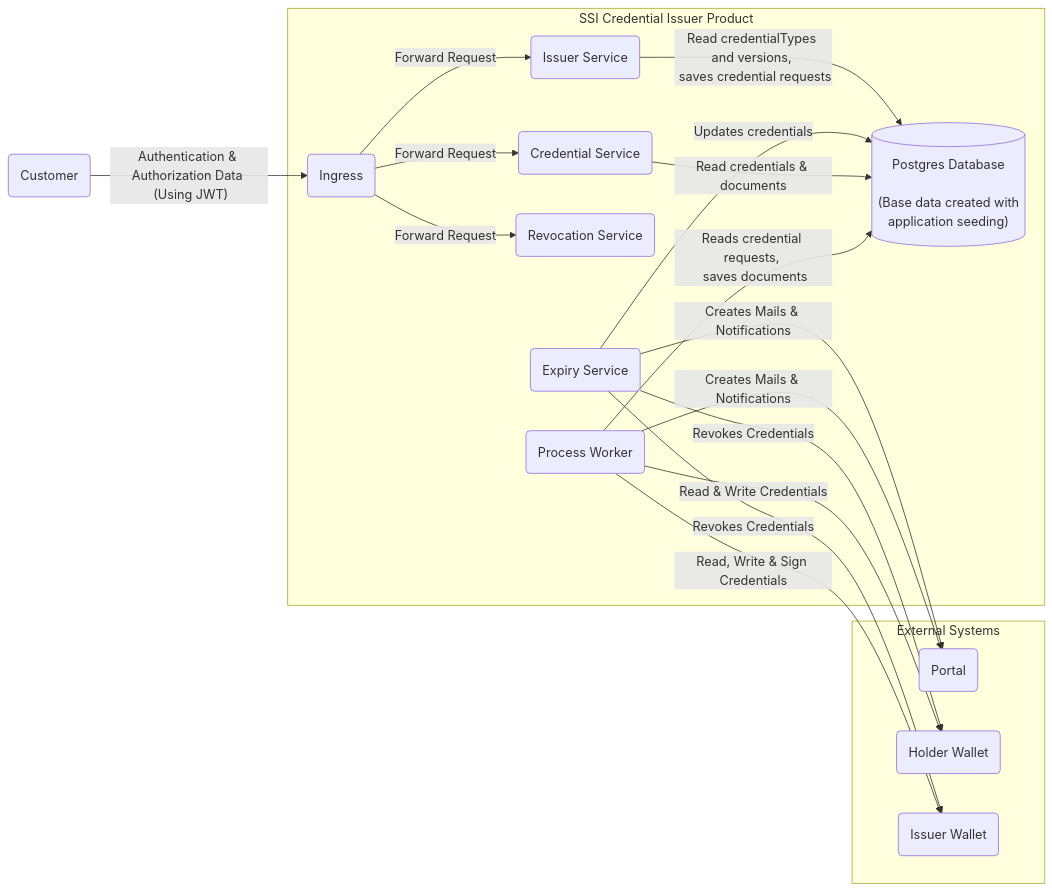
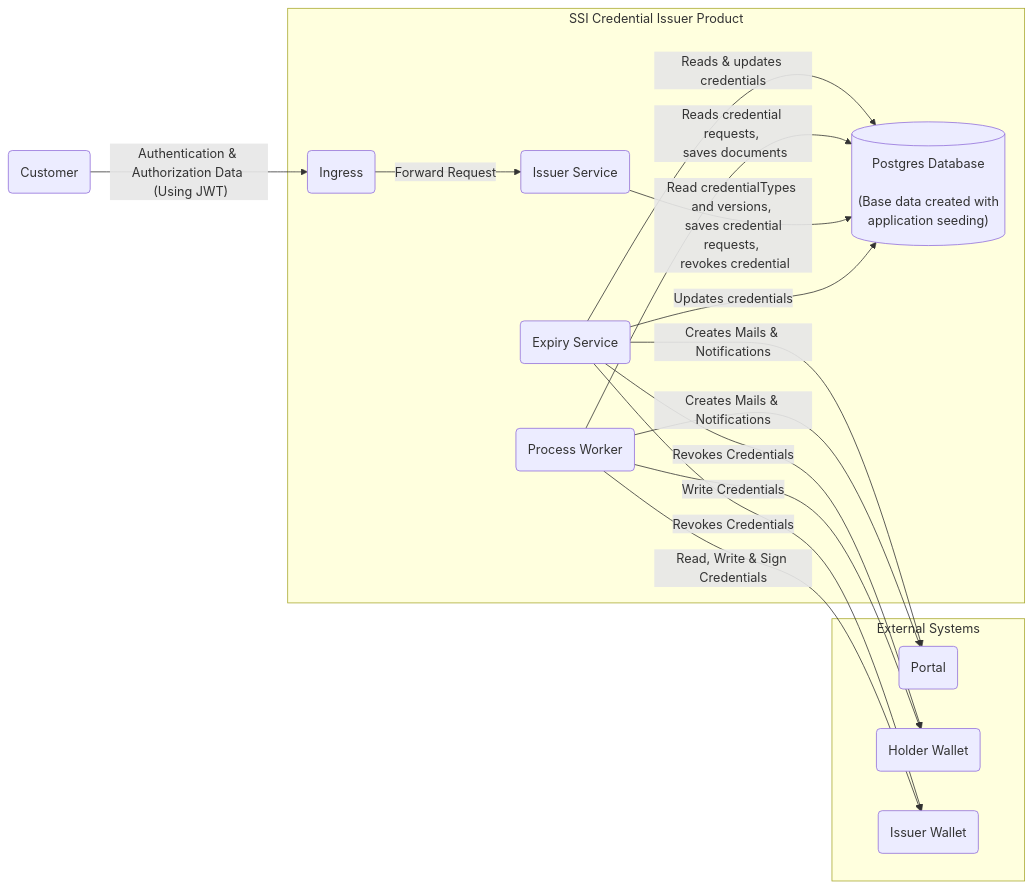
One commit to eclipse-tractusx/ssi-credential-issuer changed the diagram in docs/architecture/Whitebox Overall System.md. Above: the diagram before and after it, drawn with Mermaid. The commit also changed 1 other file, not shown here.

Commit message:
docs: align data flow diagrams

````diff
--- a/docs/architecture/Whitebox Overall System.md
+++ b/docs/architecture/Whitebox Overall System.md
@@ -7,47 +7,41 @@
 ```mermaid
 flowchart LR
 
     C(Customer)
     ING(Ingress)
     IS(Issuer Service)
-    CS(Credential Service)
-    RS(Revocation Service)
     ES(Expiry Service)
     PW(Process Worker)
     P(Portal)
     HW(Holder Wallet)
     IW(Issuer Wallet)
     PHD[("Postgres Database \n \n (Base data created with \n application seeding)")]
 
     subgraph SSI Credential Issuer Product   
         ING
         PHD
         IS
-        CS
-        RS
         ES
         PW
     end
 
     subgraph External Systems
         P
         HW
         IW
     end
 
     C-->|"Authentication & Authorization Data \n (Using JWT)"|ING
     ING-->|"Forward Request"|IS
-    ING-->|"Forward Request"|CS
-    ING-->|"Forward Request"|RS
     ES-->|"Revokes Credentials"|IW
     ES-->|"Revokes Credentials"|HW
     ES-->|"Creates Mails & Notifications"|P
+    ES-->|"Reads & updates credentials"|PHD
     PW-->|"Read, Write & Sign Credentials"|IW
-    PW-->|"Read & Write Credentials"|HW
+    PW-->|"Write Credentials"|HW
     PW-->|"Creates Mails & Notifications"|P
-    IS-->|"Read credentialTypes and versions, \n saves credential requests"|PHD
+    PW-->|"Reads credential requests, \n saves documents"|PHD
+    IS-->|"Read credentialTypes and versions, \n saves credential requests, \n revokes credential"|PHD
     ES-->|"Updates credentials"|PHD
-    CS-->|"Read credentials & documents"|PHD
-    PW-->|"Reads credential requests, \n saves documents"|PHD
 
 ```
````
